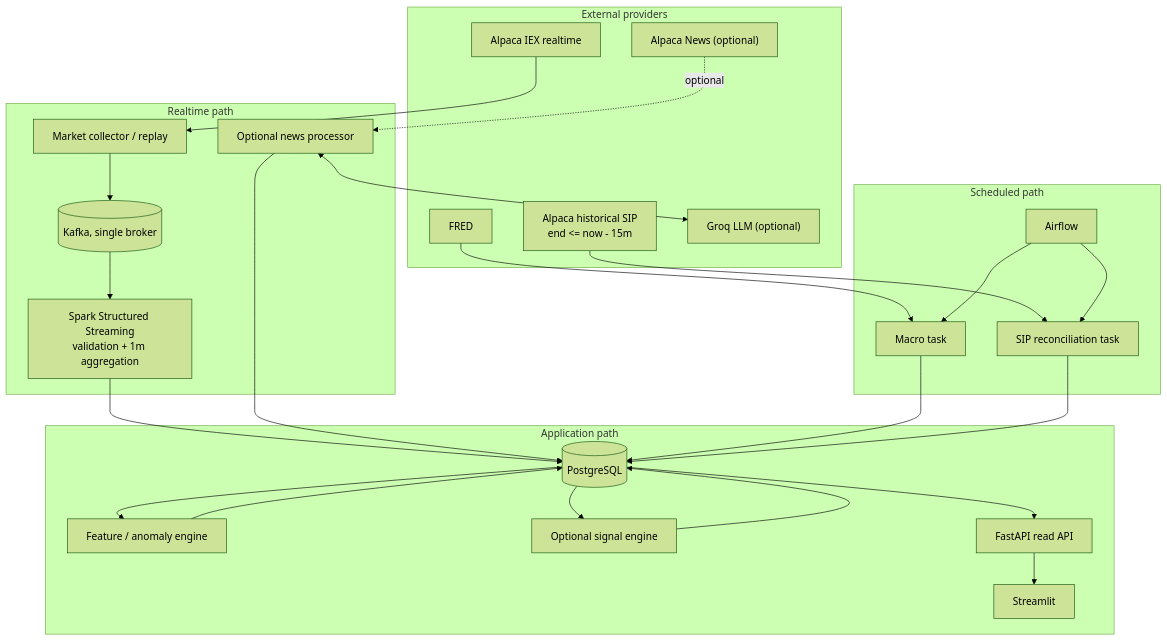
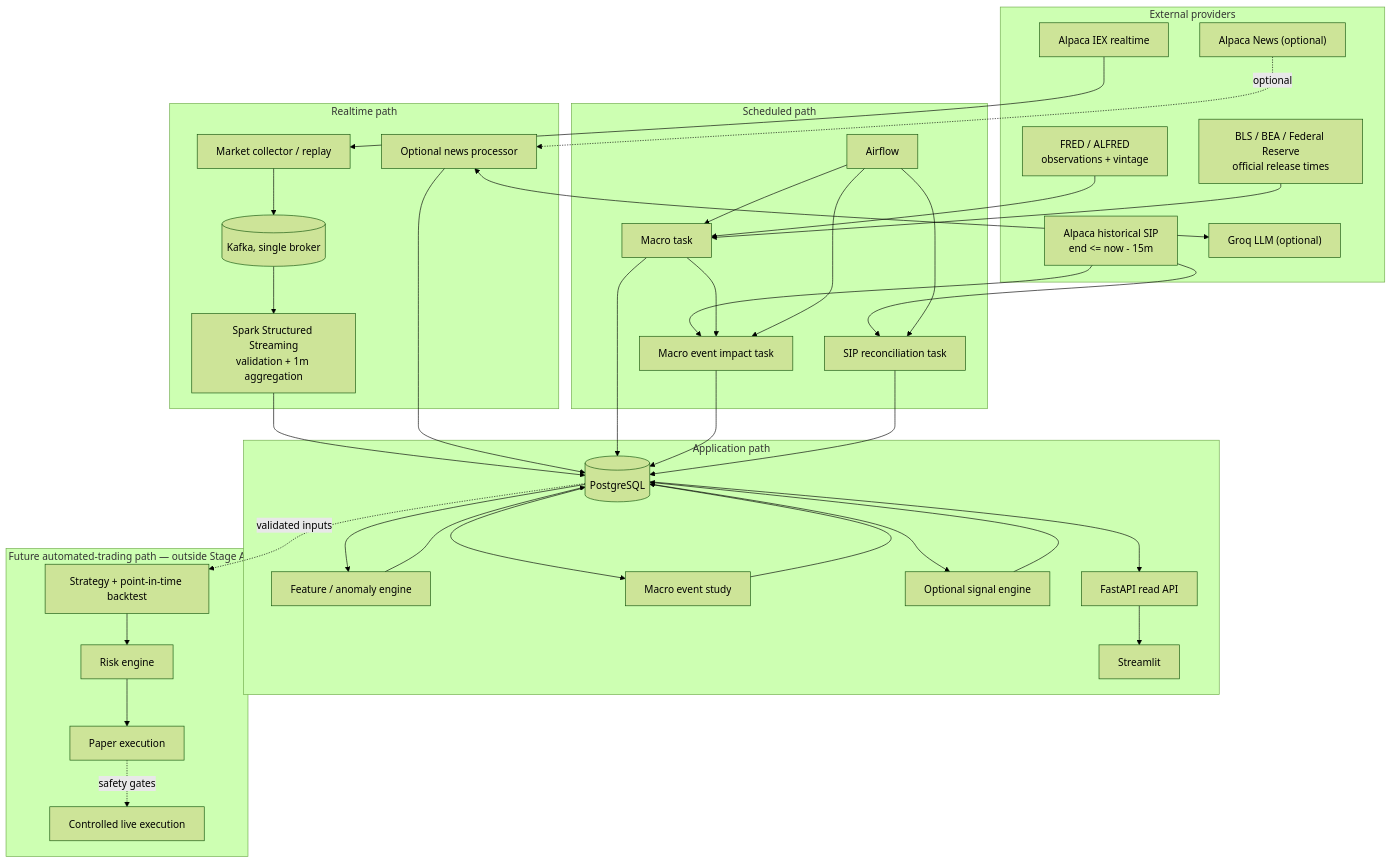
One commit to hjh6709/us-market-intelligence-pipeline changed the first of 2 diagrams in docs/architecture.md. Above: the diagram before and after it, drawn with Mermaid (forest theme). The commit also changed other lines of this file and 18 other files, not shown here.

````diff
--- a/docs/architecture.md
+++ b/docs/architecture.md
@@ -28,44 +30,61 @@
 ```mermaid
 flowchart TB
     subgraph External["External providers"]
       AI["Alpaca IEX realtime"]
       AS["Alpaca historical SIP\nend <= now - 15m"]
       AN["Alpaca News (optional)"]
-      FR["FRED"]
+      FR["FRED / ALFRED\nobservations + vintage"]
+      OR["BLS / BEA / Federal Reserve\nofficial release times"]
       GR["Groq LLM (optional)"]
     end
 
     subgraph Realtime["Realtime path"]
       COL["Market collector / replay"]
       K[("Kafka, single broker")]
       SP["Spark Structured Streaming\nvalidation + 1m aggregation"]
       NP["Optional news processor"]
     end
 
     subgraph Batch["Scheduled path"]
       AF["Airflow"]
       MAC["Macro task"]
+      IMP["Macro event impact task"]
       REC["SIP reconciliation task"]
     end
 
     subgraph Intelligence["Application path"]
       PG[("PostgreSQL")]
       FE["Feature / anomaly engine"]
+      ME["Macro event study"]
       SE["Optional signal engine"]
       API["FastAPI read API"]
       UI["Streamlit"]
+    end
+
+    subgraph FutureTrading["Future automated-trading path — outside Stage A"]
+      ST["Strategy + point-in-time backtest"]
+      RK["Risk engine"]
+      PE["Paper execution"]
+      LE["Controlled live execution"]
     end
 
     AI --> COL --> K
     K --> SP --> PG
     AN -. optional .-> NP
     NP <--> GR
     NP --> PG
     FR --> MAC
+    OR --> MAC
     AF --> MAC --> PG
+    AS --> IMP
+    MAC --> IMP
+    AF --> IMP --> PG
     AS --> REC
     AF --> REC --> PG
     PG --> FE --> PG
+    PG --> ME --> PG
     PG --> SE --> PG
     PG --> API --> UI
+    PG -. validated inputs .-> ST --> RK --> PE
+    PE -. safety gates .-> LE
 ```
````
